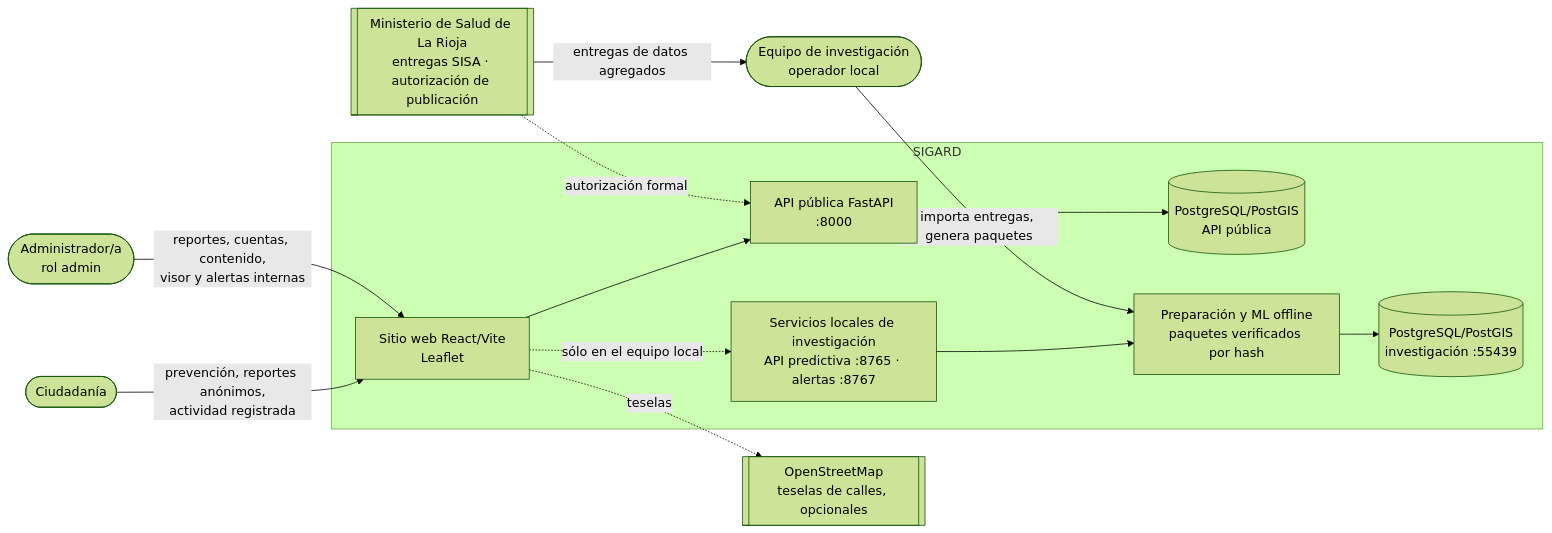
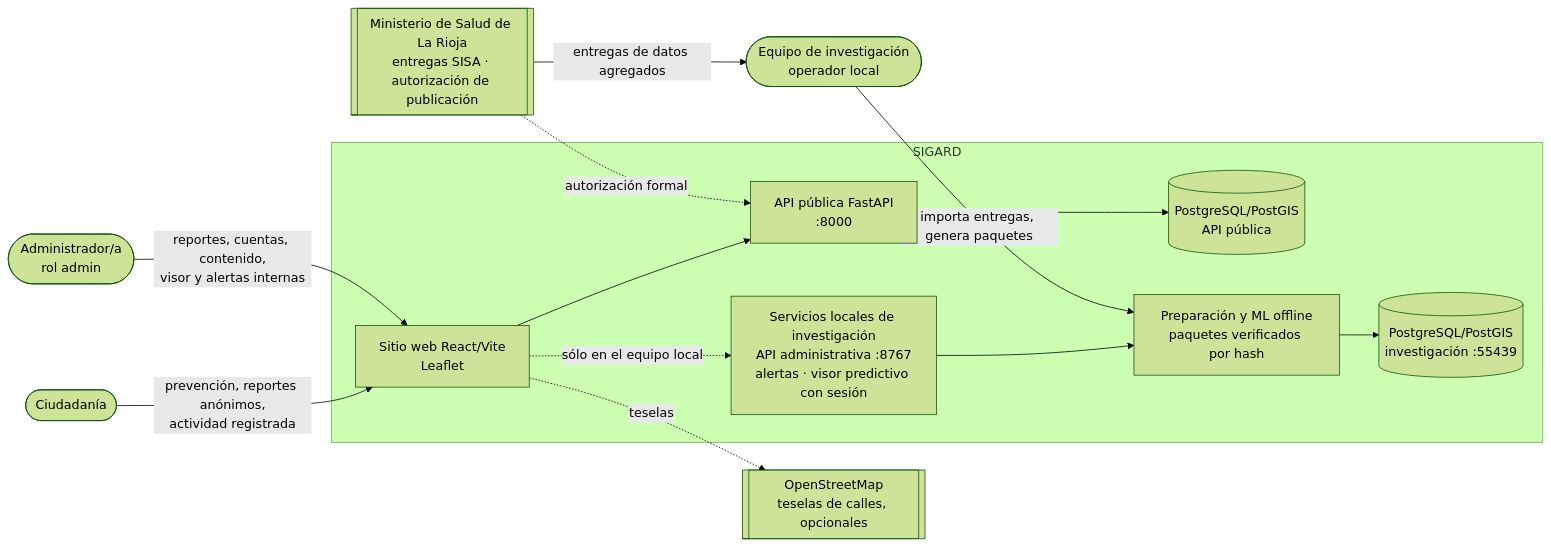
One commit to JuanCruzMolina/SIGARD changed the first of 2 diagrams in docs/tecnica/arquitectura.md. Above: the diagram before and after it, drawn with Mermaid (forest theme). The commit also changed other lines of this file and 9 other files, not shown here.

First line of the commit message:
docs: decisión F2 (visor autenticado en la API administrativa local)

````diff
--- a/docs/tecnica/arquitectura.md
+++ b/docs/tecnica/arquitectura.md
@@ -23,28 +23,28 @@
 ```mermaid
 flowchart LR
     ciudadania([Ciudadanía])
     admin([Administrador/a<br/>rol admin])
     investigacion([Equipo de investigación<br/>operador local])
     ministerio[[Ministerio de Salud de La Rioja<br/>entregas SISA · autorización de publicación]]
     osm[[OpenStreetMap<br/>teselas de calles, opcionales]]
 
     subgraph SIGARD
         web[Sitio web React/Vite<br/>Leaflet]
         api[API pública FastAPI<br/>:8000]
         dbpub[(PostgreSQL/PostGIS<br/>API pública)]
-        local[Servicios locales de investigación<br/>API predictiva :8765 · alertas :8767]
+        local[Servicios locales de investigación<br/>API administrativa :8767<br/>alertas · visor predictivo con sesión]
         offline[Preparación y ML offline<br/>paquetes verificados por hash]
         dbinv[(PostgreSQL/PostGIS<br/>investigación :55439)]
     end
 
     ciudadania -- prevención, reportes anónimos,<br/>actividad registrada --> web
     admin -- reportes, cuentas, contenido,<br/>visor y alertas internas --> web
     web --> api --> dbpub
     web -. sólo en el equipo local .-> local
     local --> offline
     investigacion -- importa entregas, genera paquetes --> offline
     offline --> dbinv
     ministerio -- entregas de datos agregados --> investigacion
     ministerio -. autorización formal .-> api
     web -. teselas .-> osm
 ```
````
